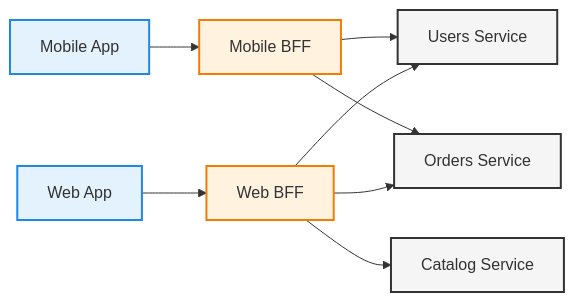
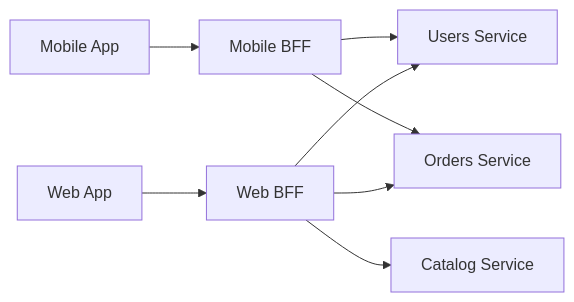
The fourth of 7 diagrams in api-gateway/API-GATEWAY.md (JoaquinBenegas2/distributed-systems-in-java), drawn with Mermaid before and after one commit. The commit also changed other lines of this file, not shown here.

Commit message:
docs(api-gateway): remove redundant class definitions and colors from diagrams

````diff
--- a/api-gateway/API-GATEWAY.md
+++ b/api-gateway/API-GATEWAY.md
@@ -288,20 +266,12 @@
 ```mermaid
 flowchart LR
     MobileApp[Mobile App] --> MobileBFF[Mobile BFF]
     WebApp[Web App] --> WebBFF[Web BFF]
 
     MobileBFF --> UsersService[Users Service]
     MobileBFF --> OrdersService[Orders Service]
 
     WebBFF --> UsersService
     WebBFF --> CatalogService[Catalog Service]
     WebBFF --> OrdersService
-
-    classDef client fill:#e3f2fd,stroke:#1e88e5,stroke-width:2px
-    classDef bff fill:#fff3e0,stroke:#f57c00,stroke-width:2px
-    classDef service fill:#f5f5f5,stroke:#333,stroke-width:2px
-
-    class MobileApp,WebApp client
-    class MobileBFF,WebBFF bff
-    class UsersService,CatalogService,OrdersService service
 ```
````
